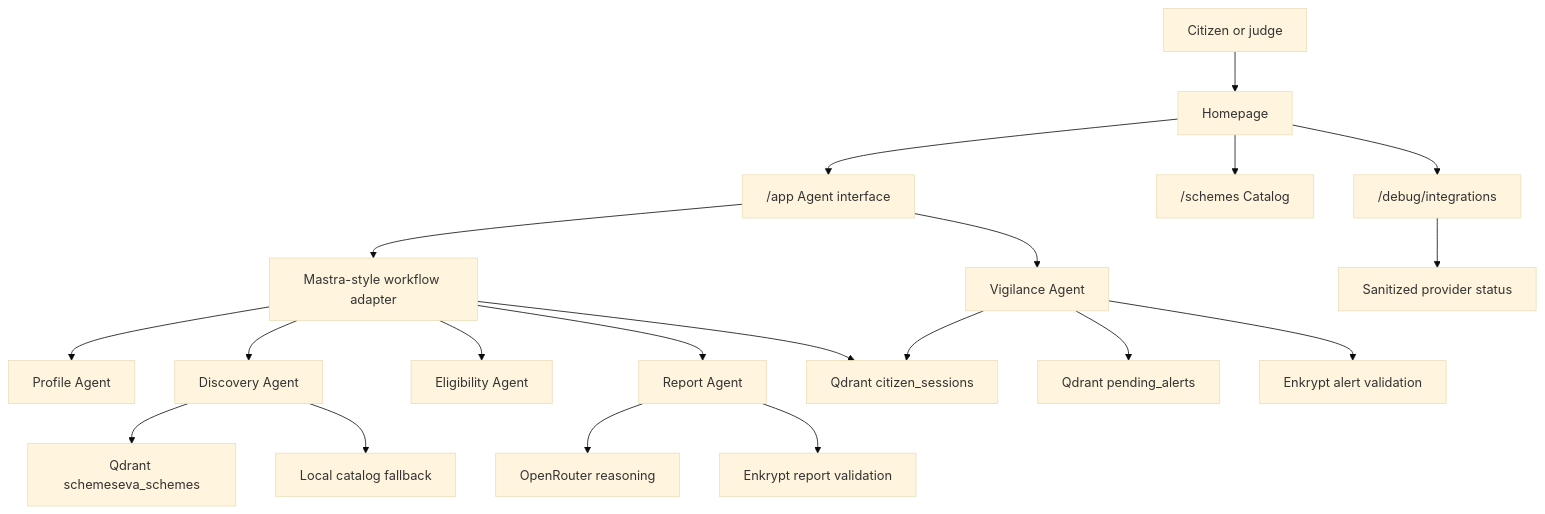
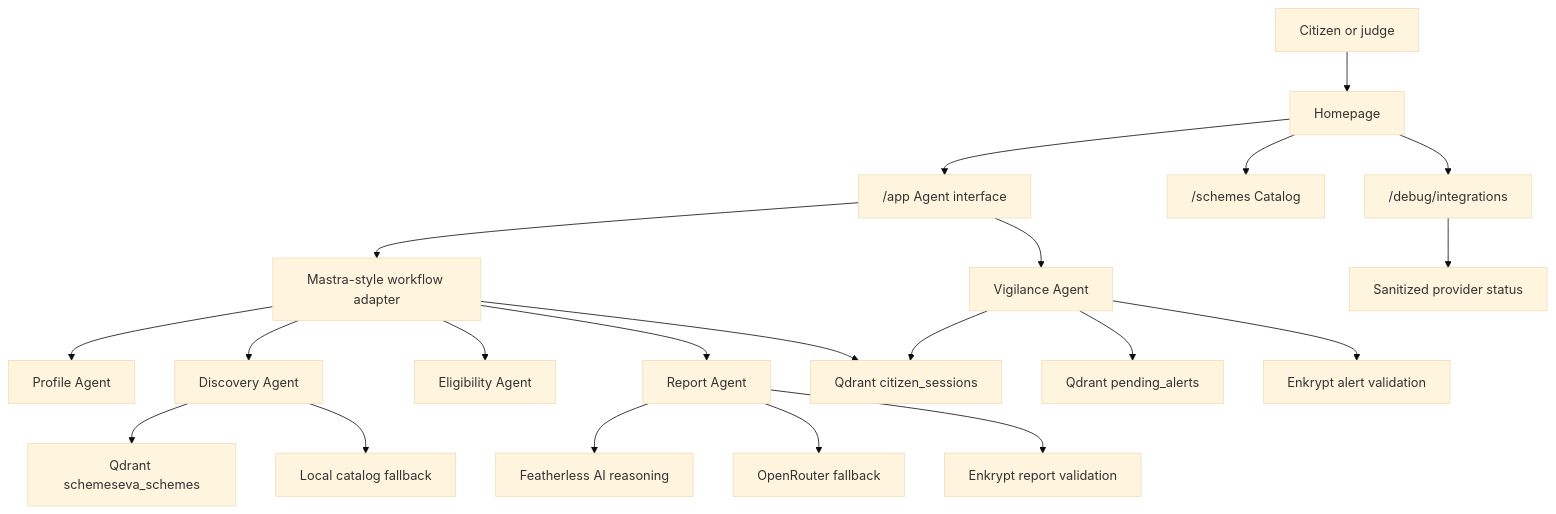
One commit to YellankiKaushik/Scheme-Seva-Agent changed the diagram in docs/TECHNICAL_DOCUMENTATION.md. Above: the diagram before and after it, drawn with Mermaid (base theme). The commit also changed other lines of this file, not shown here.

Commit message:
docs: add Featherless technical integration notes

````diff
--- a/docs/TECHNICAL_DOCUMENTATION.md
+++ b/docs/TECHNICAL_DOCUMENTATION.md
@@ -129,22 +131,23 @@
 ```mermaid
 flowchart TD
   User["Citizen or judge"] --> Home["Homepage"]
   Home --> Agent["/app Agent interface"]
   Home --> Catalog["/schemes Catalog"]
   Home --> Debug["/debug/integrations"]
   Agent --> Workflow["Mastra-style workflow adapter"]
   Workflow --> Profile["Profile Agent"]
   Workflow --> Discovery["Discovery Agent"]
   Discovery --> QdrantSchemes["Qdrant schemeseva_schemes"]
   Discovery --> LocalCatalog["Local catalog fallback"]
   Workflow --> Eligibility["Eligibility Agent"]
   Workflow --> Report["Report Agent"]
-  Report --> OpenRouter["OpenRouter reasoning"]
+  Report --> Featherless["Featherless AI reasoning"]
+  Report --> OpenRouter["OpenRouter fallback"]
   Report --> EnkryptReport["Enkrypt report validation"]
   Workflow --> Memory["Qdrant citizen_sessions"]
   Agent --> Vigilance["Vigilance Agent"]
   Vigilance --> Memory
   Vigilance --> QdrantAlerts["Qdrant pending_alerts"]
   Vigilance --> EnkryptAlert["Enkrypt alert validation"]
   Debug --> Status["Sanitized provider status"]
 ```
````
